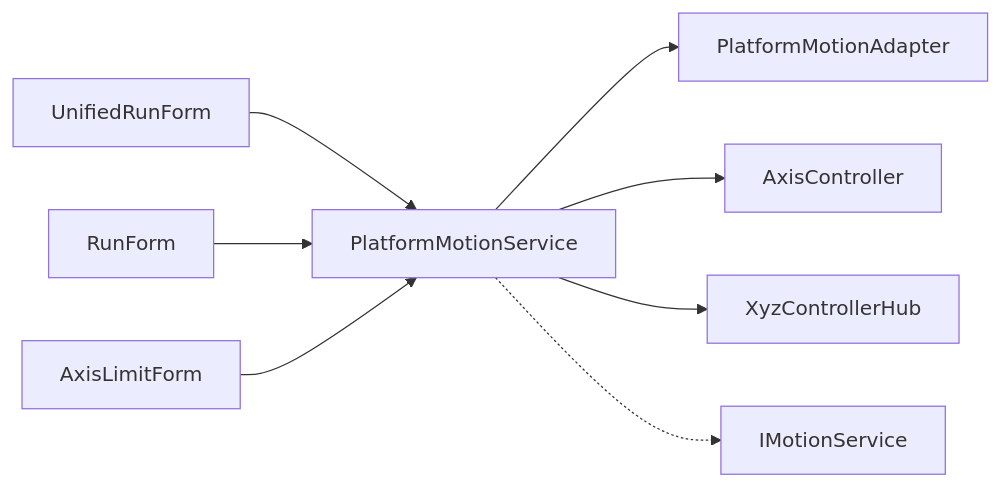
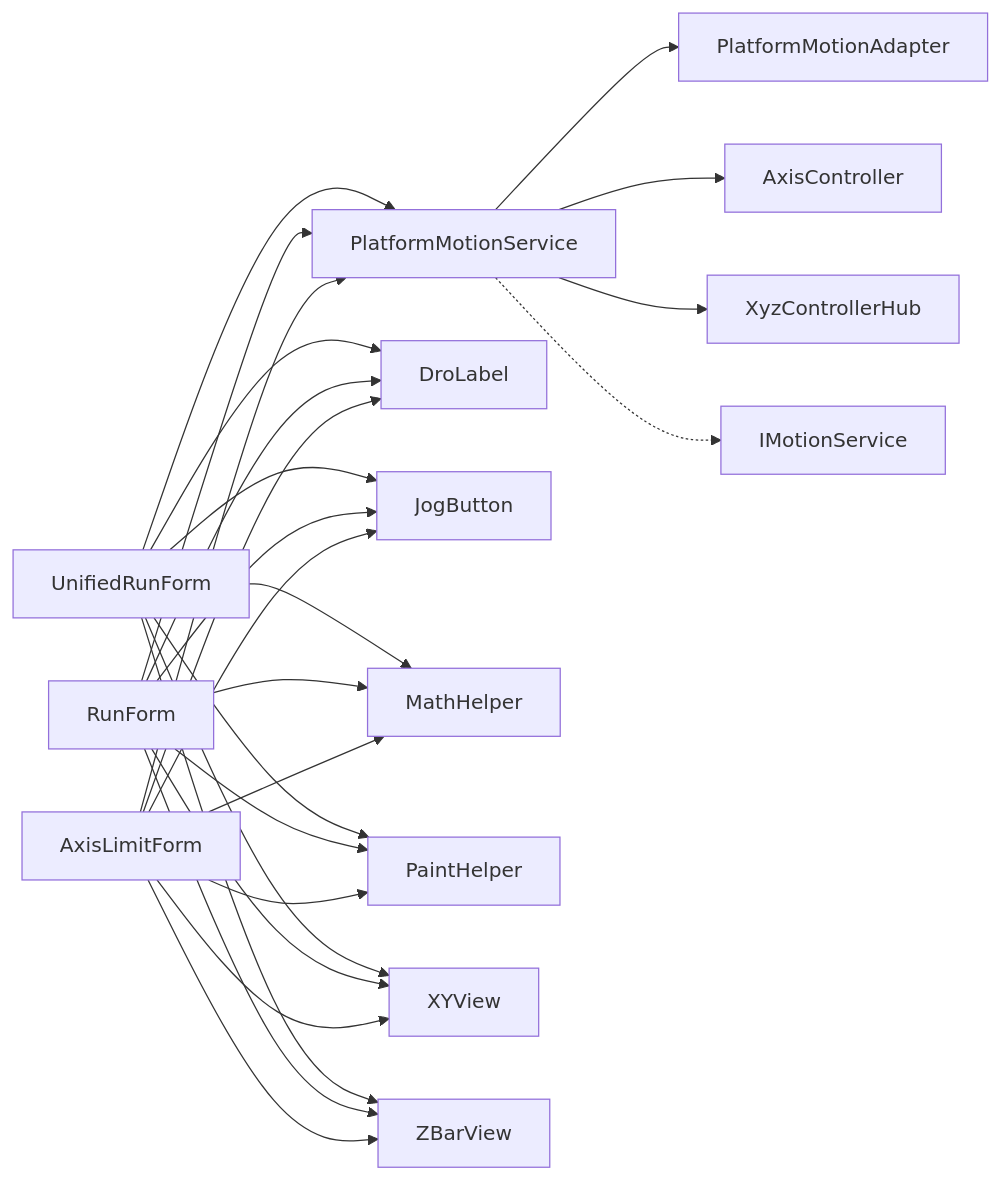
One commit to fuweiq94-cloud/339918076 changed the third of 3 diagrams in .qoder/repowiki/zh/content/核心功能模块/主控制模块 (MainControl).md. Above: the diagram before and after it, drawn with Mermaid. The commit also changed other lines of this file and 203 other files, not shown here.

````diff
--- a/.qoder/repowiki/zh/content/核心功能模块/主控制模块 (MainControl).md
+++ b/.qoder/repowiki/zh/content/核心功能模块/主控制模块 (MainControl).md
@@ -313,10 +494,28 @@
 ```mermaid
 graph LR
 U["UnifiedRunForm"] --> S["PlatformMotionService"]
 R["RunForm"] --> S
 L["AxisLimitForm"] --> S
 S --> A["PlatformMotionAdapter"]
 S --> AC["AxisController"]
 S --> XH["XyzControllerHub"]
 S -.-> I["IMotionService"]
+U --> C1["DroLabel"]
+U --> C2["JogButton"]
+U --> C3["MathHelper"]
+U --> C4["PaintHelper"]
+U --> C5["XYView"]
+U --> C6["ZBarView"]
+R --> C1
+R --> C2
+R --> C3
+R --> C4
+R --> C5
+R --> C6
+L --> C1
+L --> C2
+L --> C3
+L --> C4
+L --> C5
+L --> C6
 ```
````
